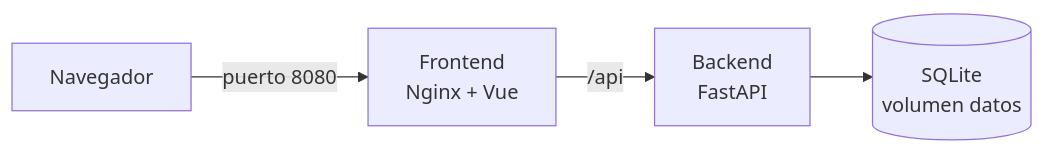
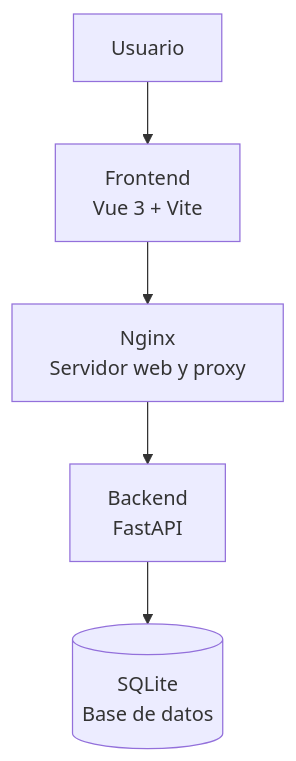
The diagram in README.md (KevinAlva23/sistema-contrataciones), drawn with Mermaid before and after one commit. The commit also changed other lines of this file, not shown here.

````diff
--- a/README.md
+++ b/README.md
@@ -15,6 +75,13 @@
 ```mermaid
-flowchart LR
-    N[Navegador] -->|puerto 8080| F[Frontend<br/>Nginx + Vue]
-    F -->|/api| B[Backend<br/>FastAPI]
-    B --> D[(SQLite<br/>volumen datos)]
+flowchart TB
+    U["Usuario"]
+    F["Frontend<br/>Vue 3 + Vite"]
+    N["Nginx<br/>Servidor web y proxy"]
+    A["Backend<br/>FastAPI"]
+    D[("SQLite<br/>Base de datos")]
+
+    U --> F
+    F --> N
+    N --> A
+    A --> D
 ```
````
